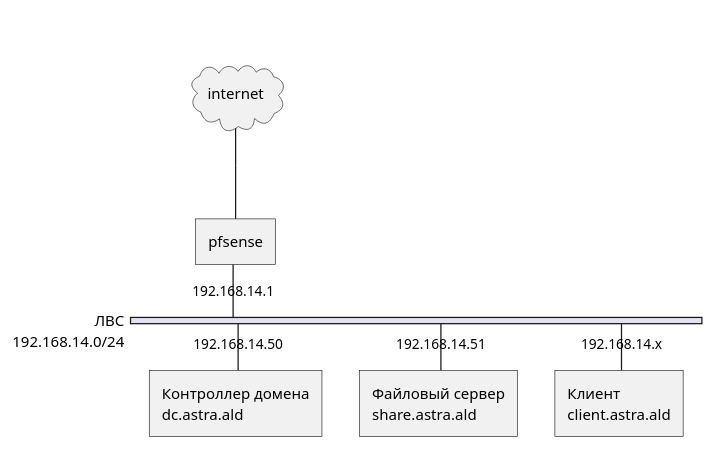
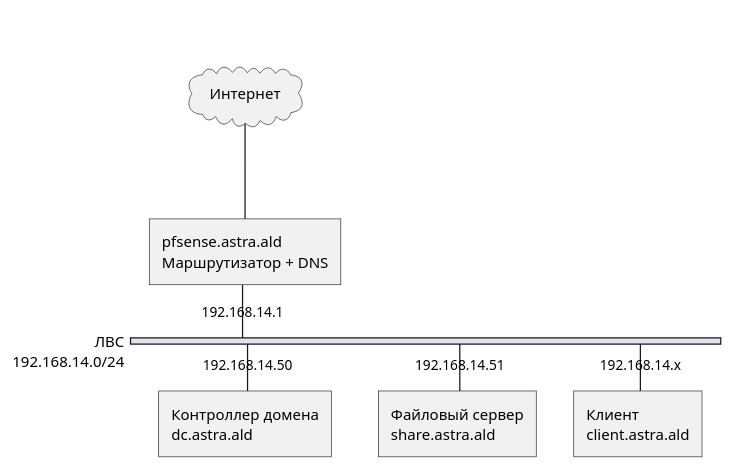
The diagram in network.puml (baksist/thesis-plantuml-diagrams), drawn with PlantUML before and after one commit. The commit also changed 1 other file, not shown here.

```diff
--- a/network.puml
+++ b/network.puml
@@ -1,14 +1,14 @@
 @startuml
 nwdiag {
-    internet [shape = cloud]
+    internet [shape = cloud, description="Интернет"]
     internet -- pfsense
     network ЛВС {
-        pfsense [address = "192.168.14.1"]
+        pfsense [address = "192.168.14.1", description="pfsense.astra.ald\nМаршрутизатор + DNS"]
         address = "192.168.14.0/24"
 
         dc [address = "192.168.14.50", description="Контроллер домена\ndc.astra.ald"]
         server [address = "192.168.14.51", description="Файловый сервер\nshare.astra.ald"]
         client [address = "192.168.14.x", description="Клиент\nclient.astra.ald"]
     }
 }
 @enduml
```
